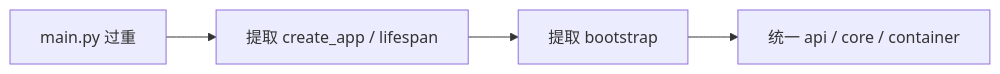
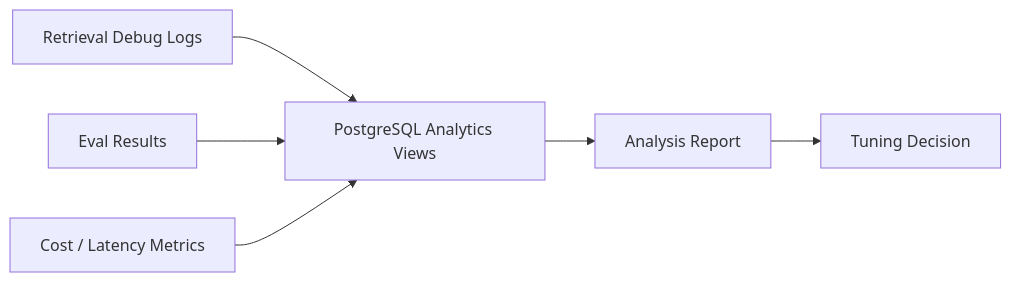
Diagram 18 of 23 in company_target/day1-day20-summary.md (pretextQ/Reminder), drawn with Mermaid before and after one commit. The commit also changed other lines of this file and 4 other files, not shown here.

````diff
--- a/company_target/day1-day20-summary.md
+++ b/company_target/day1-day20-summary.md
@@ -520,6 +567,8 @@
 ```mermaid
 flowchart LR
-    A[main.py 过重] --> B[提取 create_app / lifespan]
-    B --> C[提取 bootstrap]
-    C --> D[统一 api / core / container]
+    A[Retrieval Debug Logs] --> D[PostgreSQL Analytics Views]
+    B[Eval Results] --> D
+    C[Cost / Latency Metrics] --> D
+    D --> E[Analysis Report]
+    E --> F[Tuning Decision]
 ```
````
